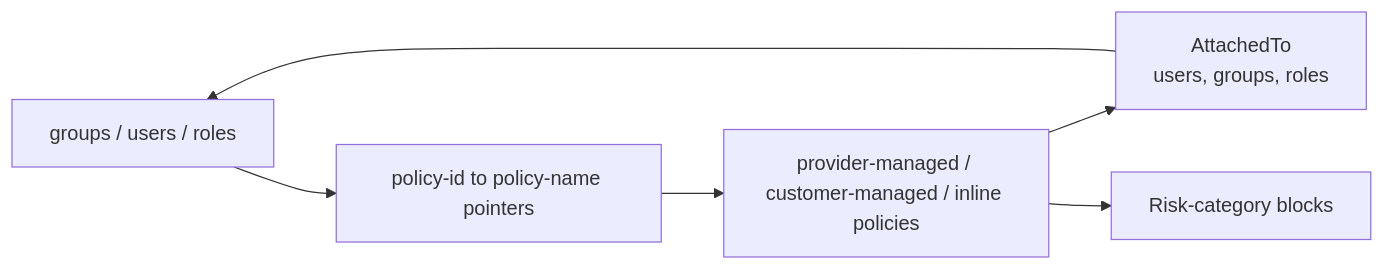
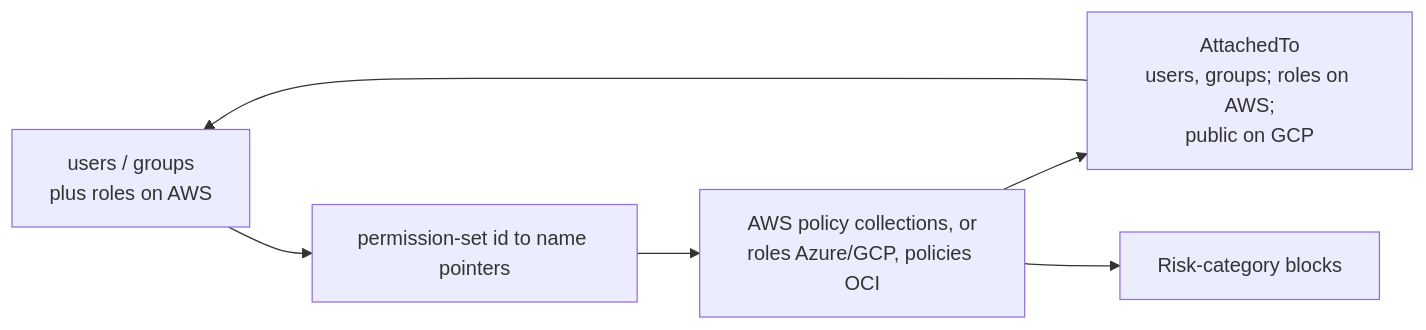
Before and after one commit to AyushAggarwal1/cloudsplaining: the second of 2 diagrams in docs/contributing/json-output-architecture.md, drawn with Mermaid. The commit also changed other lines of this file and 20 other files, not shown here.

````diff
--- a/docs/contributing/json-output-architecture.md
+++ b/docs/contributing/json-output-architecture.md
@@ -121,12 +123,12 @@
 ```mermaid
 flowchart LR
-    PRINCIPALS[groups / users / roles]
-    POINTERS[policy-id to policy-name pointers]
-    POLICIES[provider-managed / customer-managed / inline policies]
-    ATTACHED[AttachedTo<br/>users, groups, roles]
+    PRINCIPALS[users / groups<br/>plus roles on AWS]
+    POINTERS[permission-set id to name pointers]
+    POLICIES[AWS policy collections, or<br/>roles Azure/GCP, policies OCI]
+    ATTACHED[AttachedTo<br/>users, groups; roles on AWS;<br/>public on GCP]
     CATEGORIES[Risk-category blocks]
 
     PRINCIPALS --> POINTERS --> POLICIES
     POLICIES --> ATTACHED --> PRINCIPALS
     POLICIES --> CATEGORIES
 ```
````
